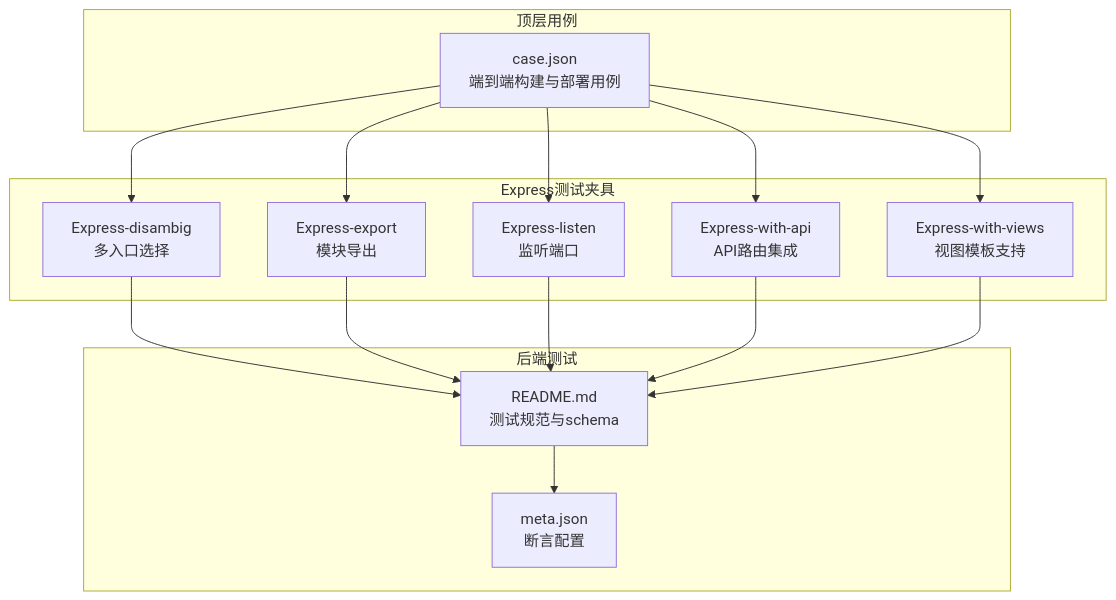
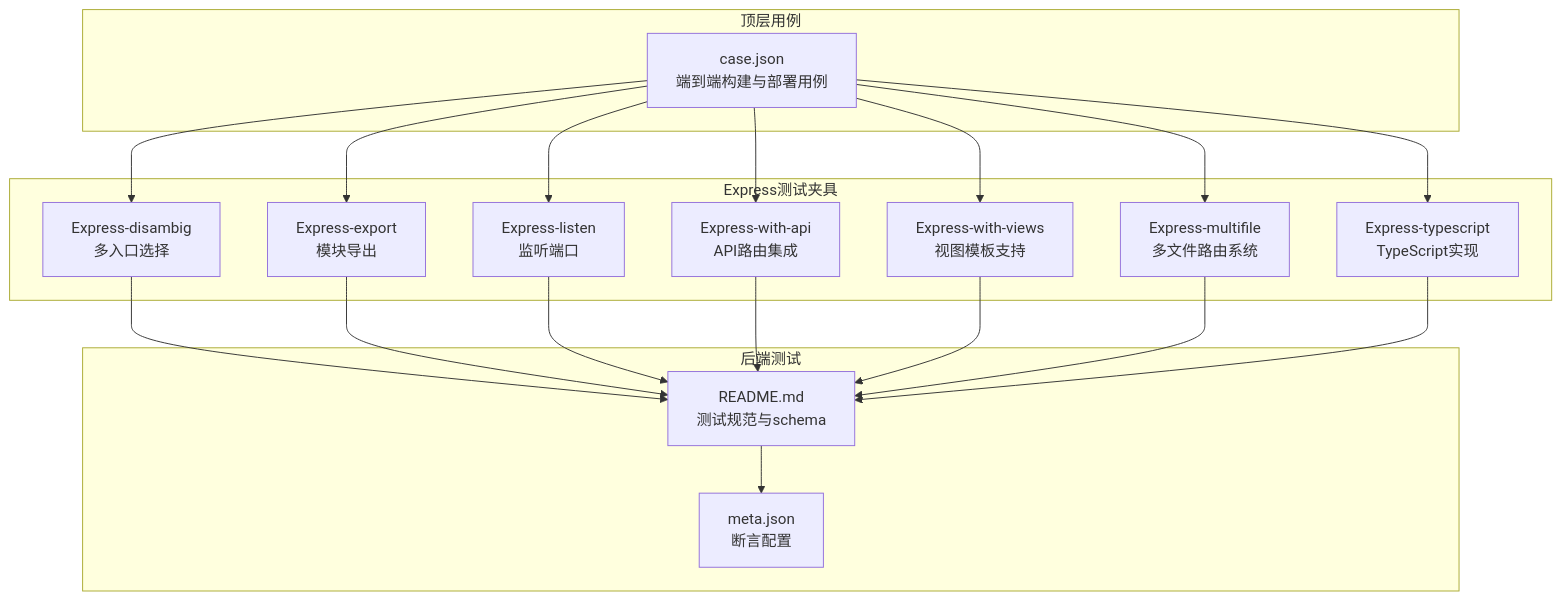
One commit to esa-sp/test-for-aone-ci changed the first of 10 diagrams in .qoder/repowiki/zh/content/后端框架测试/Express框架测试.md. Above: the diagram before and after it, drawn with Mermaid. The commit also changed other lines of this file and 119 other files, not shown here.

````diff
--- a/.qoder/repowiki/zh/content/后端框架测试/Express框架测试.md
+++ b/.qoder/repowiki/zh/content/后端框架测试/Express框架测试.md
@@ -40,28 +50,34 @@
 ```mermaid
 graph TB
 subgraph "Express测试夹具"
 D["Express-disambig<br/>多入口选择"]
 E["Express-export<br/>模块导出"]
 L["Express-listen<br/>监听端口"]
 A["Express-with-api<br/>API路由集成"]
 V["Express-with-views<br/>视图模板支持"]
+M["Express-multifile<br/>多文件路由系统"]
+T["Express-typescript<br/>TypeScript实现"]
 end
 subgraph "后端测试"
 RT["README.md<br/>测试规范与schema"]
 ME["meta.json<br/>断言配置"]
 end
 subgraph "顶层用例"
 CJ["case.json<br/>端到端构建与部署用例"]
 end
 D --> RT
 E --> RT
 L --> RT
 A --> RT
 V --> RT
+M --> RT
+T --> RT
 RT --> ME
 CJ --> D
 CJ --> E
 CJ --> L
 CJ --> A
 CJ --> V
+CJ --> M
+CJ --> T
 ```
````
